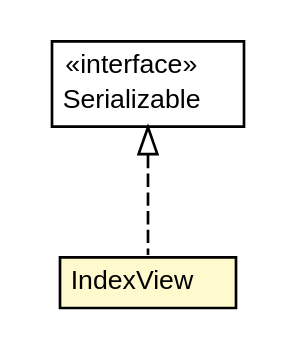
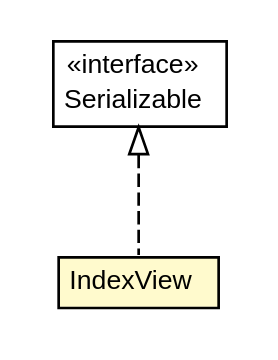
Before and after one commit to trajano/doxdb: the diagram in doxdb-core/apidocs/net/trajano/doxdb/IndexView.dot, drawn with Graphviz. The commit also changed 257 other files, not shown here.

```diff
--- a/doxdb-core/apidocs/net/trajano/doxdb/IndexView.dot
+++ b/doxdb-core/apidocs/net/trajano/doxdb/IndexView.dot
@@ -1,27 +1,27 @@
 #!/usr/local/bin/dot
 #
 # Class diagram 
 # Generated by UMLGraph version R5_6-24-gf6e263 (http://www.umlgraph.org/)
 #
 
 digraph G {
-	edge [fontname="Helvetica",fontsize=10,labelfontname="Helvetica",labelfontsize=10];
-	node [fontname="Helvetica",fontsize=10,shape=plaintext];
+	edge [fontname="arial",fontsize=10,labelfontname="arial",labelfontsize=10];
+	node [fontname="arial",fontsize=10,shape=plaintext];
 	nodesep=0.25;
 	ranksep=0.5;
 	// net.trajano.doxdb.IndexView
-	c411 [label=<<table title="net.trajano.doxdb.IndexView" border="0" cellborder="1" cellspacing="0" cellpadding="2" port="p" bgcolor="lemonChiffon" href="./IndexView.html">
+	c428 [label=<<table title="net.trajano.doxdb.IndexView" border="0" cellborder="1" cellspacing="0" cellpadding="2" port="p" bgcolor="lemonChiffon" href="./IndexView.html">
 		<tr><td><table border="0" cellspacing="0" cellpadding="1">
 <tr><td align="center" balign="center"> IndexView </td></tr>
 		</table></td></tr>
-		</table>>, URL="./IndexView.html", fontname="Helvetica", fontcolor="black", fontsize=10.0];
+		</table>>, URL="./IndexView.html", fontname="arial", fontcolor="black", fontsize=10.0];
 	//net.trajano.doxdb.IndexView implements java.io.Serializable
-	c429:p -> c411:p [dir=back,arrowtail=empty,style=dashed];
+	c449:p -> c428:p [dir=back,arrowtail=empty,style=dashed];
 	// java.io.Serializable
-	c429 [label=<<table title="java.io.Serializable" border="0" cellborder="1" cellspacing="0" cellpadding="2" port="p" href="http://java.sun.com/j2se/1.4.2/docs/api/java/io/Serializable.html">
+	c449 [label=<<table title="java.io.Serializable" border="0" cellborder="1" cellspacing="0" cellpadding="2" port="p" href="http://java.sun.com/j2se/1.4.2/docs/api/java/io/Serializable.html">
 		<tr><td><table border="0" cellspacing="0" cellpadding="1">
 <tr><td align="center" balign="center"> &#171;interface&#187; </td></tr>
 <tr><td align="center" balign="center"> Serializable </td></tr>
 		</table></td></tr>
-		</table>>, URL="http://java.sun.com/j2se/1.4.2/docs/api/java/io/Serializable.html", fontname="Helvetica", fontcolor="black", fontsize=10.0];
+		</table>>, URL="http://java.sun.com/j2se/1.4.2/docs/api/java/io/Serializable.html", fontname="arial", fontcolor="black", fontsize=10.0];
 }
```
